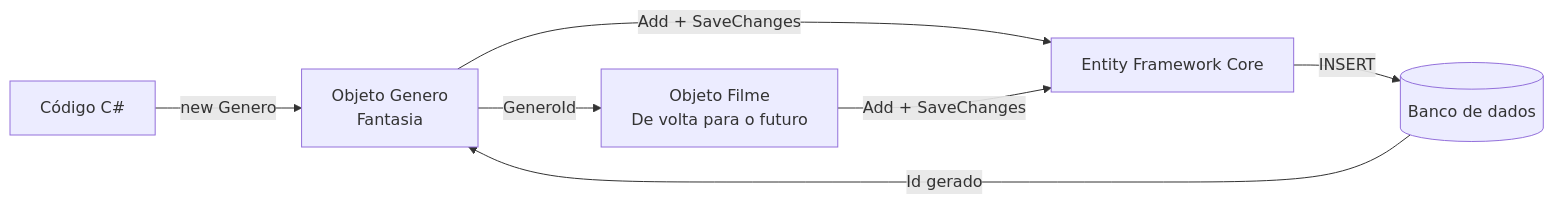
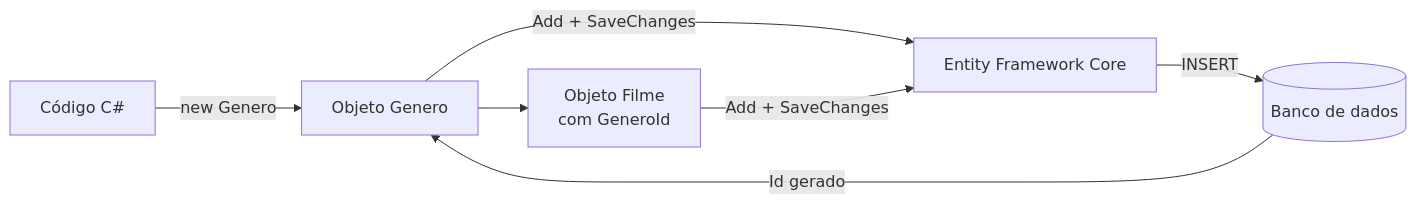
One commit to leorruas/puc changed the fourth of 4 diagrams in 05. Desenvolvimento Web Back-End/05. Frameworks Web, MVC e mapeamento objeto-relacional.md. Above: the diagram before and after it, drawn with Mermaid. The commit also changed other lines of this file, not shown here.

Commit message:
Normaliza Mermaid de MVC e Entity Framework Core

````diff
--- a/05. Desenvolvimento Web Back-End/05. Frameworks Web, MVC e mapeamento objeto-relacional.md
+++ b/05. Desenvolvimento Web Back-End/05. Frameworks Web, MVC e mapeamento objeto-relacional.md
@@ -877,10 +883,15 @@
 ```mermaid
 flowchart LR
-    C["Código C#"] -->|"new Genero"| G["Objeto Genero<br>Fantasia"]
-    G -->|"Add + SaveChanges"| ORM["Entity Framework Core"]
-    ORM -->|"INSERT"| DB[("Banco de dados")]
-    DB -->|"Id gerado"| G
+    Codigo["Código C#"]:::external
+    Genero["Objeto Genero"]:::component
+    EF["Entity Framework Core"]:::core
+    Banco[("Banco de dados")]:::data
+    Filme["Objeto Filme<br>com GeneroId"]:::component
 
-    G -->|"GeneroId"| F["Objeto Filme<br>De volta para o futuro"]
-    F -->|"Add + SaveChanges"| ORM
+    Codigo -->|"new Genero"| Genero
+    Genero -->|"Add + SaveChanges"| EF
+    EF -->|"INSERT"| Banco
+    Banco -->|"Id gerado"| Genero
+    Genero --> Filme
+    Filme -->|"Add + SaveChanges"| EF
 ```
````
